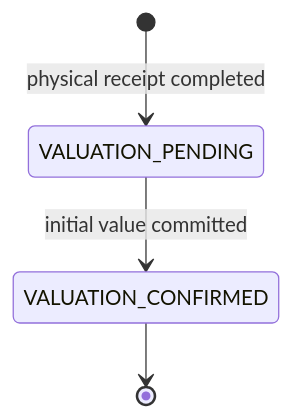
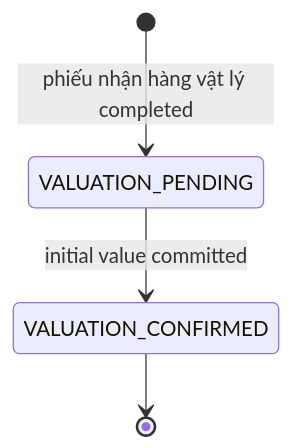
One commit to DsChien102/erp-sales-inventory changed the third of 5 diagrams in specs/themes/theme-07/02.specification/domain/domain-foundation/DOM-IV.md. Above: the diagram before and after it, drawn with Mermaid. The commit also changed other lines of this file and 124 other files, not shown here.

````diff
--- a/specs/themes/theme-07/02.specification/domain/domain-foundation/DOM-IV.md
+++ b/specs/themes/theme-07/02.specification/domain/domain-foundation/DOM-IV.md
@@ -114,6 +114,6 @@
 ```mermaid
 stateDiagram-v2
-    [*] --> VALUATION_PENDING: physical receipt completed
+    [*] --> VALUATION_PENDING: phiếu nhận hàng vật lý completed
     VALUATION_PENDING --> VALUATION_CONFIRMED: initial value committed
     VALUATION_CONFIRMED --> [*]
 ```
````
